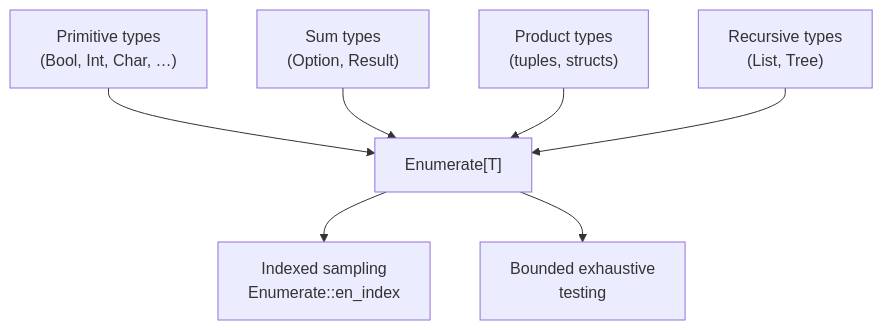
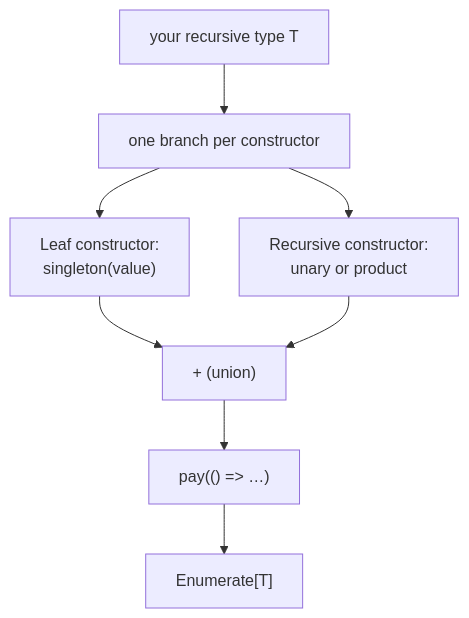
Before and after one commit to moonbitlang/quickcheck: the second of 2 diagrams in src/feat/README.mbt.md, drawn with Mermaid. The commit also changed other lines of this file and 4 other files, not shown here.

````diff
--- a/src/feat/README.mbt.md
+++ b/src/feat/README.mbt.md
@@ -186,9 +229,10 @@
 ```mermaid
 flowchart TD
-  Primitive["Primitive types<br/>(Bool, Int, Char, …)"] --> Enumerate
-  Sum["Sum types<br/>(Option, Result)"] --> Enumerate
-  Product["Product types<br/>(tuples, structs)"] --> Enumerate
-  Recursive["Recursive types<br/>(List, Tree)"] --> Enumerate
-  Enumerate["Enumerate[T]"] --> Sample["Indexed sampling<br/>Enumerate::en_index"]
-  Enumerate --> Exhaustive["Bounded exhaustive<br/>testing"]
+  UserType["your recursive type T"] --> Constructors["one branch per constructor"]
+  Constructors --> Leaf["Leaf constructor:<br/>singleton(value)"]
+  Constructors --> Recursive["Recursive constructor:<br/>unary or product"]
+  Leaf --> Union["+ (union)"]
+  Recursive --> Union
+  Union --> Pay["pay(() => …)"]
+  Pay --> Result["Enumerate[T]"]
 ```
````
